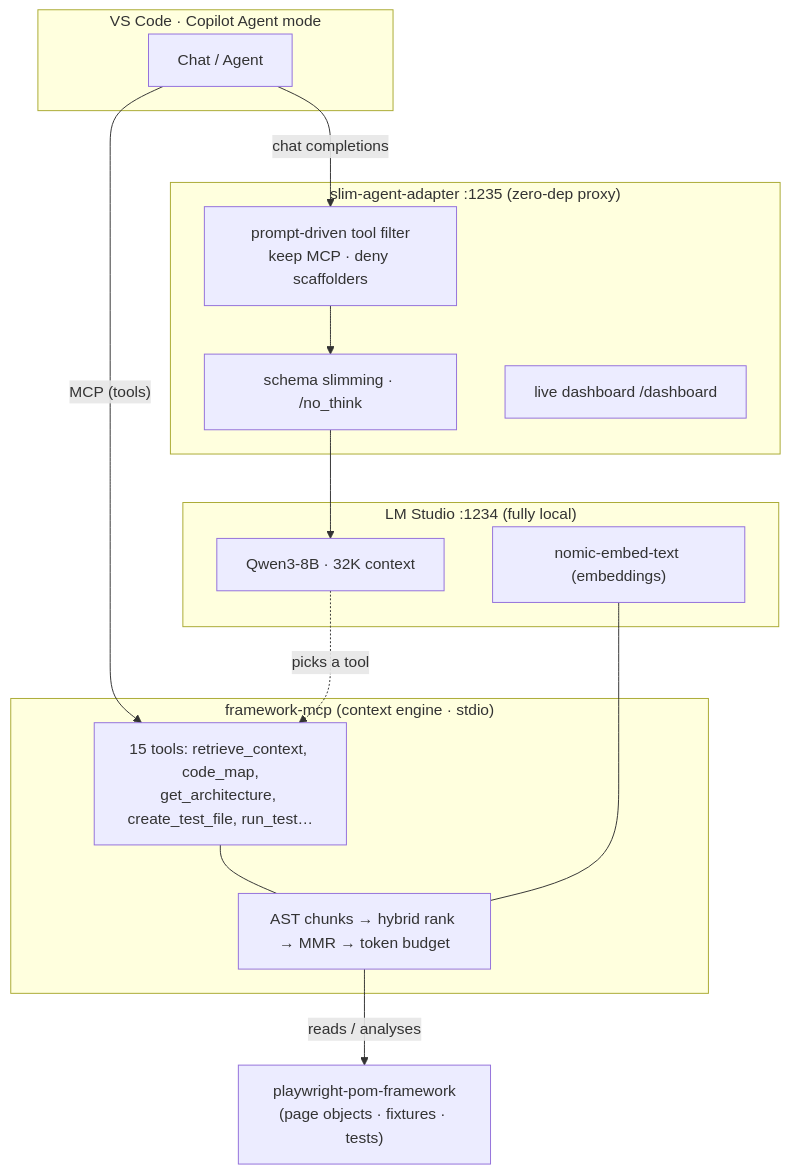
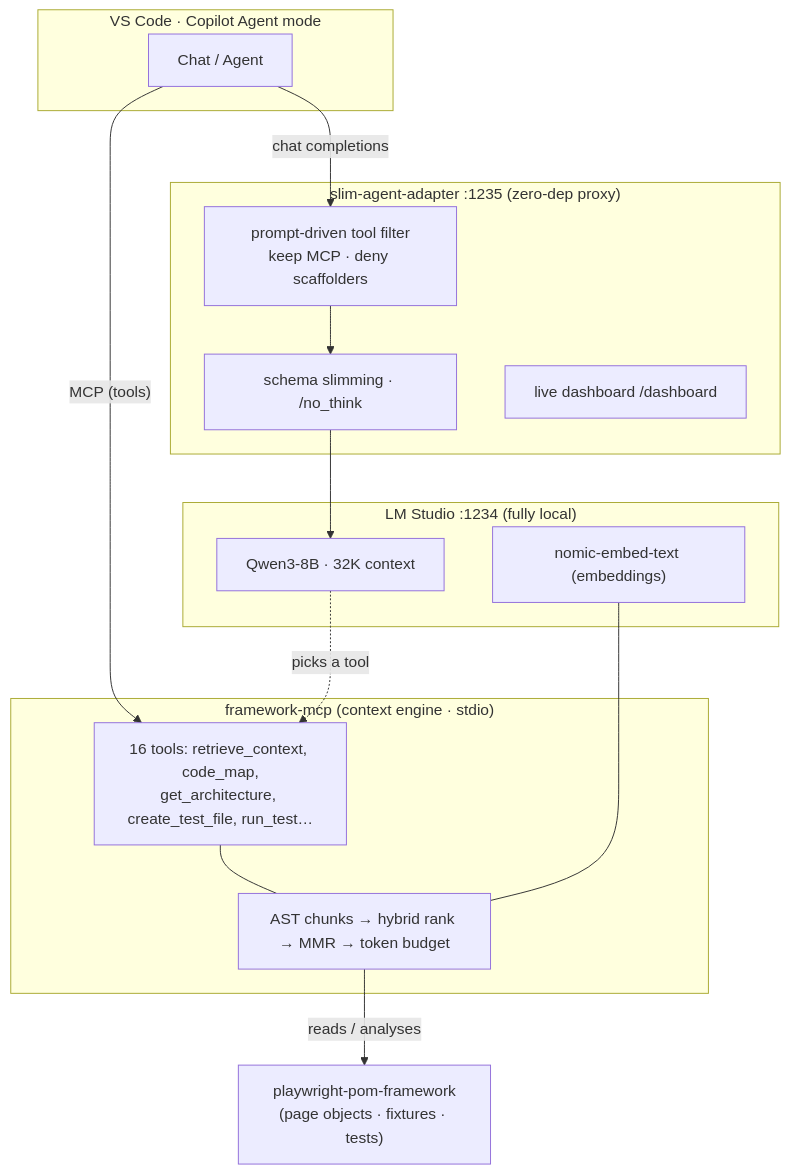
One commit to pruthive580/PlayWright-RAG-CustomMCP changed the diagram in README.md. Above: the diagram before and after it, drawn with Mermaid. The commit also changed other lines of this file and 4 other files, not shown here.

````diff
--- a/README.md
+++ b/README.md
@@ -24,31 +24,31 @@
 ```mermaid
 flowchart TB
   subgraph vscode["VS Code · Copilot Agent mode"]
     chat["Chat / Agent"]
   end
 
   subgraph adapter["slim-agent-adapter  :1235  (zero-dep proxy)"]
     filt["prompt-driven tool filter<br/>keep MCP · deny scaffolders"]
     slim["schema slimming · /no_think"]
     dash["live dashboard /dashboard"]
   end
 
   subgraph lms["LM Studio  :1234  (fully local)"]
     llm["Qwen3-8B · 32K context"]
     emb["nomic-embed-text (embeddings)"]
   end
 
   subgraph mcp["framework-mcp  (context engine · stdio)"]
-    tools["15 tools: retrieve_context, code_map,<br/>get_architecture, create_test_file, run_test…"]
+    tools["16 tools: retrieve_context, code_map,<br/>get_architecture, create_test_file, run_test…"]
     rag["AST chunks → hybrid rank → MMR → token budget"]
   end
 
   fw["playwright-pom-framework<br/>(page objects · fixtures · tests)"]
 
   chat -- "chat completions" --> filt --> slim --> llm
   emb --- rag
   chat -- "MCP (tools)" --> tools
   tools --- rag
   rag -- "reads / analyses" --> fw
   llm -. "picks a tool" .-> tools
 ```
````
